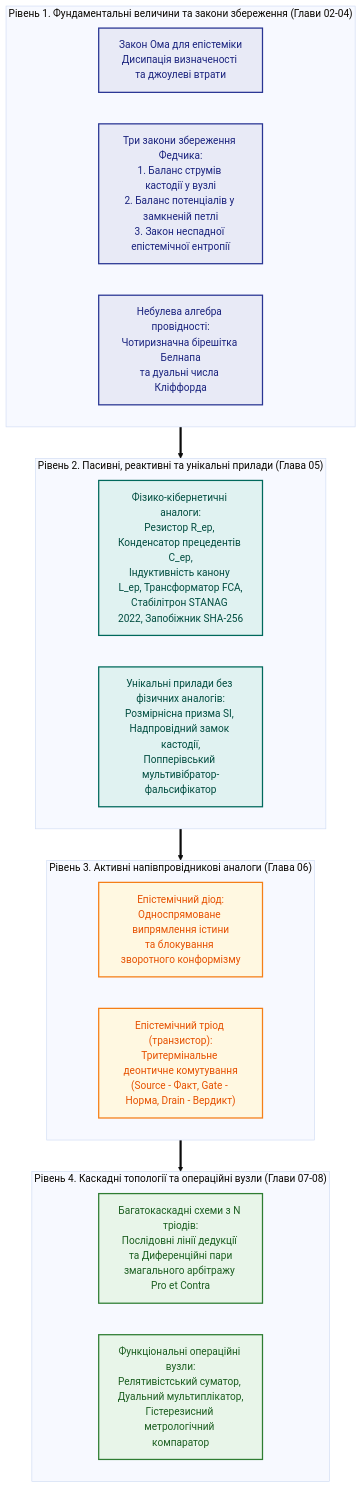
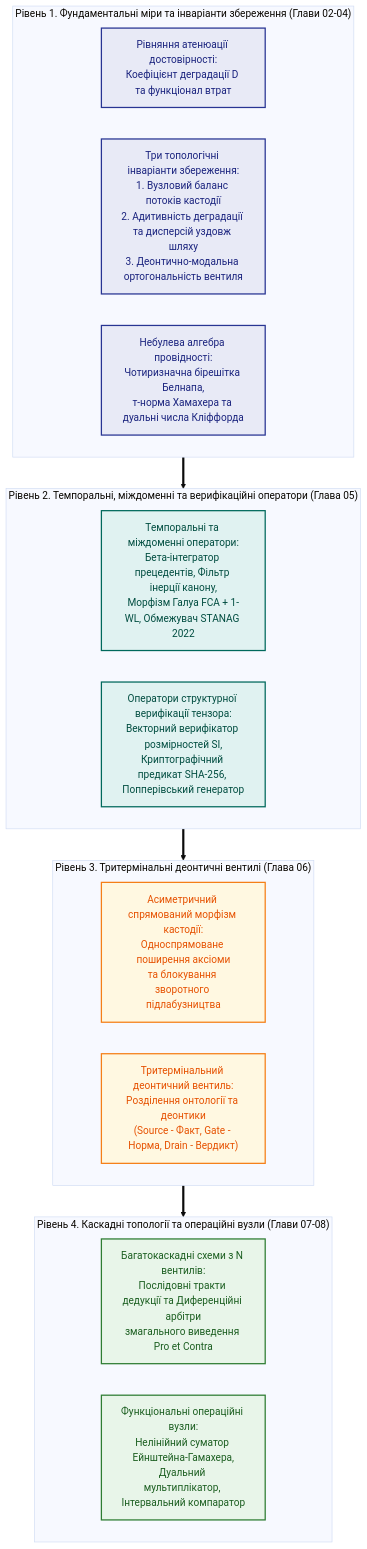
The second of 2 diagrams in Epistemic_Circuit_Theory/ch01-manifesto-and-epistemic-gap.md (nick-fedchik/articles), drawn with Mermaid (base theme) before and after one commit. The commit also changed other lines of this file and 10 other files, not shown here.

````diff
--- a/Epistemic_Circuit_Theory/ch01-manifesto-and-epistemic-gap.md
+++ b/Epistemic_Circuit_Theory/ch01-manifesto-and-epistemic-gap.md
@@ -177,38 +177,38 @@
 ```mermaid
 flowchart TD
-    accTitle: Рисунок 1.2. Чотирирівнева ієрархія синтезу в Теорії епістемічних ланцюгів
-    accDescr: Структурна декомпозиція ТЕЛ від базових фізико-кібернетичних величин і законів збереження (Рівень 1) через пасивні й унікальні прилади (Рівень 2) і тритермінальні ес-тріоди (Рівень 3) до каскадних схем та операційних вузлів (Рівень 4).
+    accTitle: Рисунок 1.2. Чотирирівнева ієрархія синтезу в Теорії епістемічних обчислювальних схем
+    accDescr: Структурна декомпозиція ТЕОС від базових кількісних мір і топологічних інваріантів збереження (Рівень 1) через темпоральні, міждоменні й верифікаційні оператори (Рівень 2) і тритермінальні деонтичні вентилі (Рівень 3) до каскадних схем та операційних вузлів (Рівень 4).
 
-    subgraph L1 ["Рівень 1. Фундаментальні величини та закони збереження (Глави 02-04)"]
-        Ohm["Закон Ома для епістеміки\nДисипація визначеності та джоулеві втрати"]
-        Kirchhoff["Три закони збереження Федчика:\n1. Баланс струмів кастодії у вузлі\n2. Баланс потенціалів у замкненій петлі\n3. Закон неспадної епістемічної ентропії"]
-        Belnap["Небулева алгебра провідності:\nЧотиризначна бірешітка Белнапа\nта дуальні числа Кліффорда"]
+    subgraph L1 ["Рівень 1. Фундаментальні міри та інваріанти збереження (Глави 02-04)"]
+        Atten["Рівняння атенюації достовірності:\nКоефіцієнт деградації D та функціонал втрат"]
+        Invariants["Три топологічні інваріанти збереження:\n1. Вузловий баланс потоків кастодії\n2. Адитивність деградації та дисперсій уздовж шляху\n3. Деонтично-модальна ортогональність вентиля"]
+        Belnap["Небулева алгебра провідності:\nЧотиризначна бірешітка Белнапа,\nт-норма Хамахера та дуальні числа Кліффорда"]
     end
 
-    subgraph L2 ["Рівень 2. Пасивні, реактивні та унікальні прилади (Глава 05)"]
-        Passive["Фізико-кібернетичні аналоги:\nРезистор R_ep, Конденсатор прецедентів C_ep,\nІндуктивність канону L_ep, Трансформатор FCA,\nСтабілітрон STANAG 2022, Запобіжник SHA-256"]
-        Unique["Унікальні прилади без фізичних аналогів:\nРозмірнісна призма SI, Надпровідний замок кастодії,\nПопперівський мультивібратор-фальсифікатор"]
+    subgraph L2 ["Рівень 2. Темпоральні, міждоменні та верифікаційні оператори (Глава 05)"]
+        Temporal["Темпоральні та міждоменні оператори:\nБета-інтегратор прецедентів, Фільтр інерції канону,\nМорфізм Галуа FCA + 1-WL, Обмежувач STANAG 2022"]
+        Verifiers["Оператори структурної верифікації тензора:\nВекторний верифікатор розмірностей SI,\nКриптографічний предикат SHA-256, Попперівський генератор"]
     end
 
-    subgraph L3 ["Рівень 3. Активні напівпровідникові аналоги (Глава 06)"]
-        Diode["Епістемічний діод:\nОдноспрямоване випрямлення істини\nта блокування зворотного конформізму"]
-        Triode["Епістемічний тріод (транзистор):\nТритермінальне деонтичне комутування\n(Source - Факт, Gate - Норма, Drain - Вердикт)"]
+    subgraph L3 ["Рівень 3. Тритермінальні деонтичні вентилі (Глава 06)"]
+        Morphism["Асиметричний спрямований морфізм кастодії:\nОдноспрямоване поширення аксіоми\nта блокування зворотного підлабузництва"]
+        Gate["Тритермінальний деонтичний вентиль:\nРозділення онтології та деонтики\n(Source - Факт, Gate - Норма, Drain - Вердикт)"]
     end
 
     subgraph L4 ["Рівень 4. Каскадні топології та операційні вузли (Глави 07-08)"]
-        Cascades["Багатокаскадні схеми з N тріодів:\nПослідовні лінії дедукції та Диференційні пари\nзмагального арбітражу Pro et Contra"]
-        OpUnits["Функціональні операційні вузли:\nРелятивістський суматор, Дуальний мультиплікатор,\nГістерезисний метрологічний компаратор"]
+        Cascades["Багатокаскадні схеми з N вентилів:\nПослідовні тракти дедукції та Диференційні арбітри\nзмагального виведення Pro et Contra"]
+        OpUnits["Функціональні операційні вузли:\nНелінійний суматор Ейнштейна-Гамахера,\nДуальний мультиплікатор, Інтервальний компаратор"]
     end
 
     L1 ==> L2 ==> L3 ==> L4
 
     classDef l1Style fill:#e8eaf6,stroke:#283593,stroke-width:2px,color:#1a237e;
     classDef l2Style fill:#e0f2f1,stroke:#00695c,stroke-width:2px,color:#004d40;
     classDef l3Style fill:#fff8e1,stroke:#f57f17,stroke-width:2px,color:#e65100;
     classDef l4Style fill:#e8f5e9,stroke:#2e7d32,stroke-width:2px,color:#1b5e20;
 
-    class Ohm,Kirchhoff,Belnap l1Style;
-    class Passive,Unique l2Style;
-    class Diode,Triode l3Style;
+    class Atten,Invariants,Belnap l1Style;
+    class Temporal,Verifiers l2Style;
+    class Morphism,Gate l3Style;
     class Cascades,OpUnits l4Style;
 ```
````
